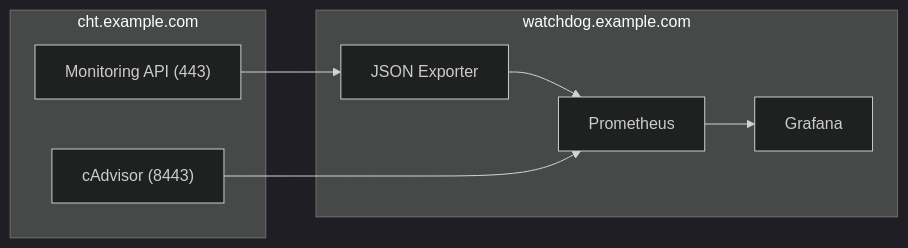
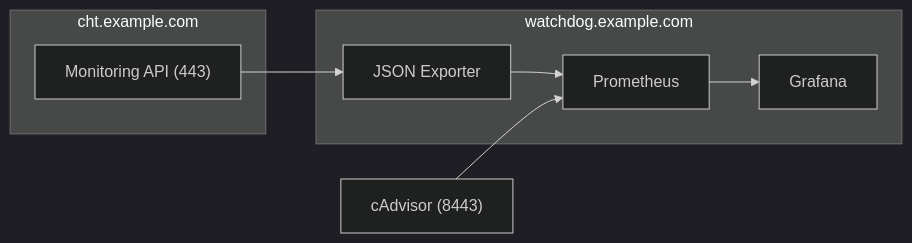
Before and after one commit to medic/cht-docs: the first of 2 diagrams in content/en/apps/guides/hosting/monitoring/postgres-ingest.md, drawn with Mermaid (dark theme).

````diff
--- a/content/en/apps/guides/hosting/monitoring/postgres-ingest.md
+++ b/content/en/apps/guides/hosting/monitoring/postgres-ingest.md
@@ -23,16 +23,15 @@
 ```mermaid
 flowchart LR
 
 subgraph core["cht.example.com"]
   mon_api["Monitoring API (443)"]:::client_node
-  cAdvisor:::client_node
 end
 
 subgraph watchdog["watchdog.example.com"]
     json[JSON Exporter] --> Prometheus
     Prometheus --> Grafana
 end
 
 mon_api  -->  json
 cAdvisor["cAdvisor (8443)"] -->  Prometheus
 ```
````
